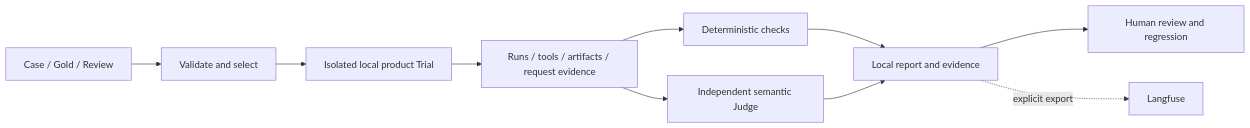
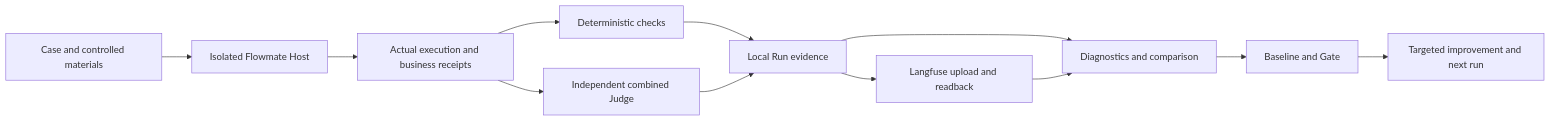
One commit to ChaoDiDiaoAA/Flowmate changed the diagram in docs/public/EVALUATION.md. Above: the diagram before and after it, drawn with Mermaid. The commit also changed other lines of this file and 614 other files, not shown here.

````diff
--- a/docs/public/EVALUATION.md
+++ b/docs/public/EVALUATION.md
@@ -11,12 +17,14 @@
 ```mermaid
 flowchart LR
-  Dataset[Case / Gold / Review] --> Select[Validate and select]
-  Select --> Trial[Isolated local product Trial]
-  Trial --> Evidence[Runs / tools / artifacts / request evidence]
-  Evidence --> Rules[Deterministic checks]
-  Evidence --> Judge[Independent semantic Judge]
-  Rules --> Report[Local report and evidence]
-  Judge --> Report
-  Report --> Review[Human review and regression]
-  Report -.->|explicit export| Langfuse[Langfuse]
+    A[Case and controlled materials] --> B[Isolated Flowmate Host]
+    B --> C[Actual execution and business receipts]
+    C --> D[Deterministic checks]
+    C --> E[Independent combined Judge]
+    D --> F[Local Run evidence]
+    E --> F
+    F --> G[Langfuse upload and readback]
+    F --> H[Diagnostics and comparison]
+    G --> H
+    H --> I[Baseline and Gate]
+    I --> J[Targeted improvement and next run]
 ```
````
